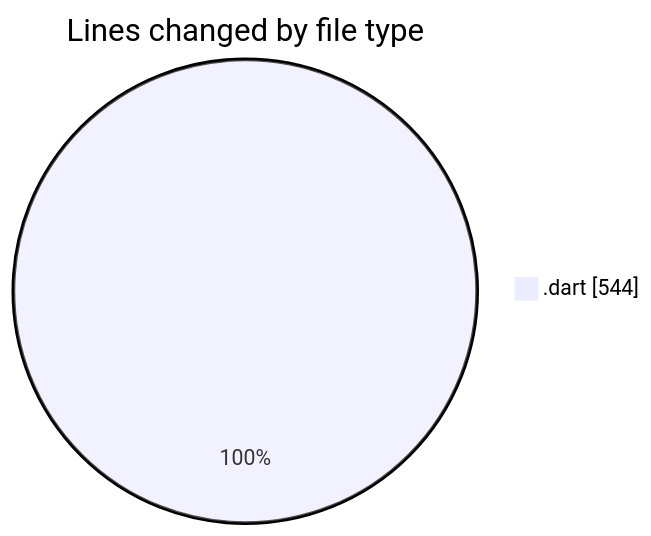
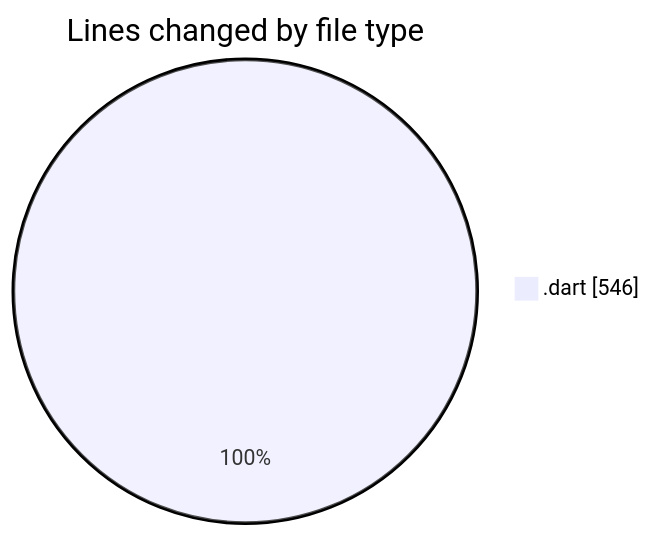
The first of 2 diagrams in 2025-02-25/trackers_app/README.md (donsfak/code-tracking), drawn with Mermaid before and after one commit. The commit also changed other lines of this file and 1 other file, not shown here.

````diff
--- a/2025-02-25/trackers_app/README.md
+++ b/2025-02-25/trackers_app/README.md
@@ -22,5 +22,5 @@
 ```mermaid
 pie showData
 title Lines changed by file type
-".dart" : 544
+".dart" : 546
 ```
````
